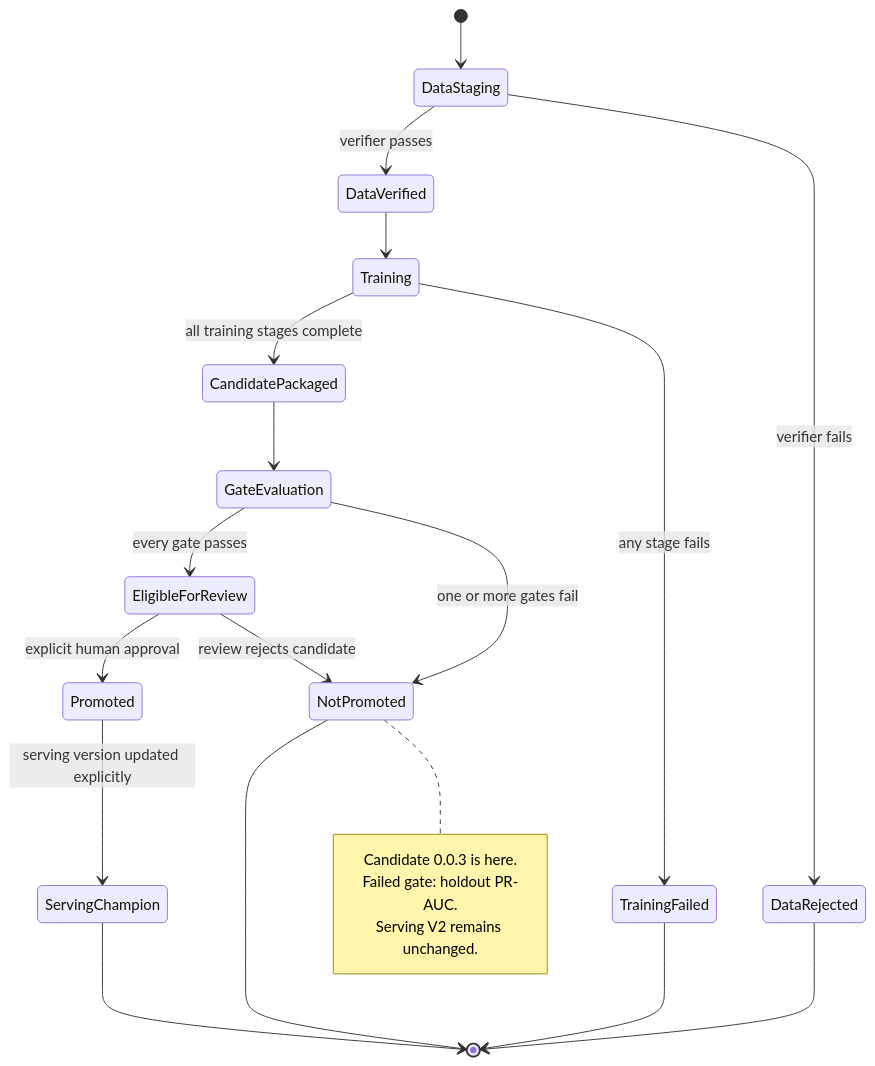
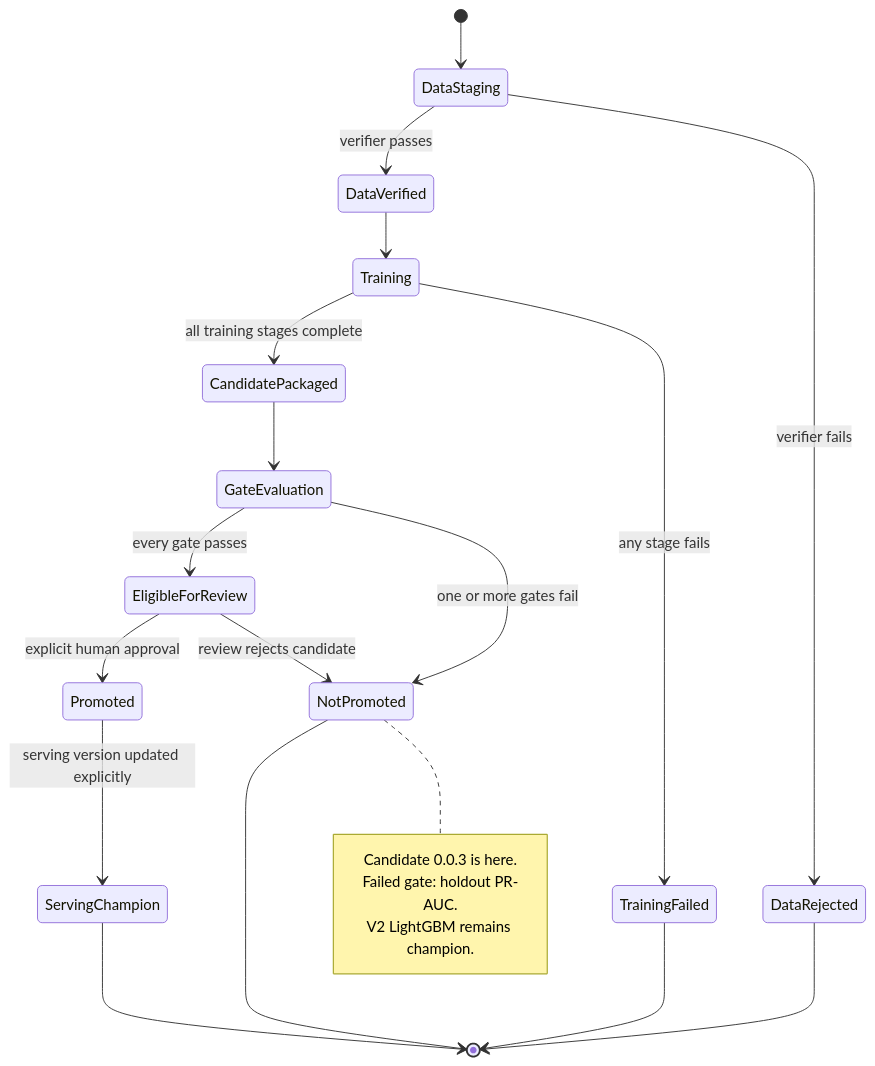
The eighth of 9 diagrams in docs/ARCHITECTURE_DIAGRAMS.md (RocketUp-Team/Fraud-Detection-Score-Risk), drawn with Mermaid before and after one commit. The commit also changed other lines of this file and 14 other files, not shown here.

First line of the commit message:
Add Best Model V2 Serving Diagram and Update Documentation

````diff
--- a/docs/ARCHITECTURE_DIAGRAMS.md
+++ b/docs/ARCHITECTURE_DIAGRAMS.md
@@ -400,25 +401,25 @@
 ```mermaid
 stateDiagram-v2
     [*] --> DataStaging
     DataStaging --> DataVerified: verifier passes
     DataStaging --> DataRejected: verifier fails
     DataVerified --> Training
     Training --> CandidatePackaged: all training stages complete
     Training --> TrainingFailed: any stage fails
     CandidatePackaged --> GateEvaluation
     GateEvaluation --> EligibleForReview: every gate passes
     GateEvaluation --> NotPromoted: one or more gates fail
     EligibleForReview --> Promoted: explicit human approval
     EligibleForReview --> NotPromoted: review rejects candidate
     Promoted --> ServingChampion: serving version updated explicitly
     DataRejected --> [*]
     TrainingFailed --> [*]
     NotPromoted --> [*]
     ServingChampion --> [*]
 
     note right of NotPromoted
         Candidate 0.0.3 is here.
         Failed gate: holdout PR-AUC.
-        Serving V2 remains unchanged.
+        V2 LightGBM remains champion.
     end note
 ```
````
